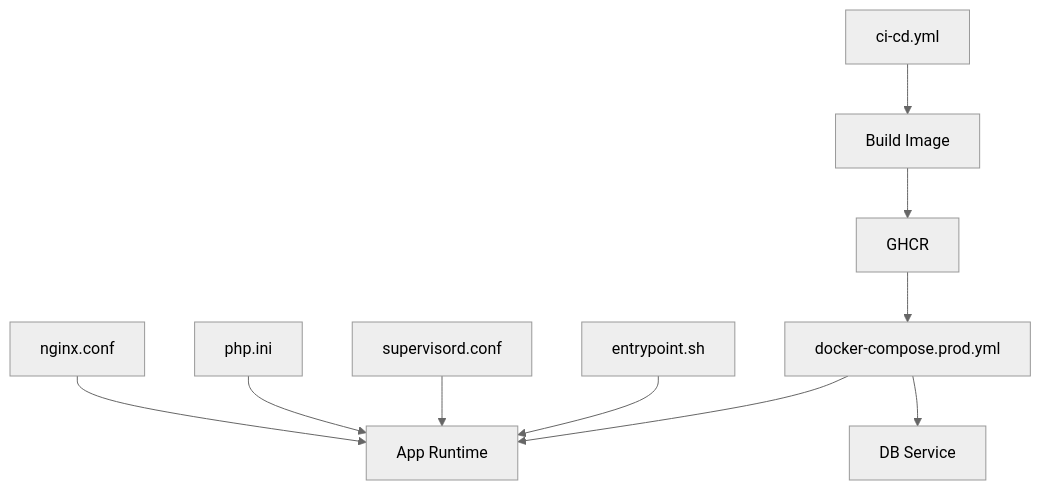
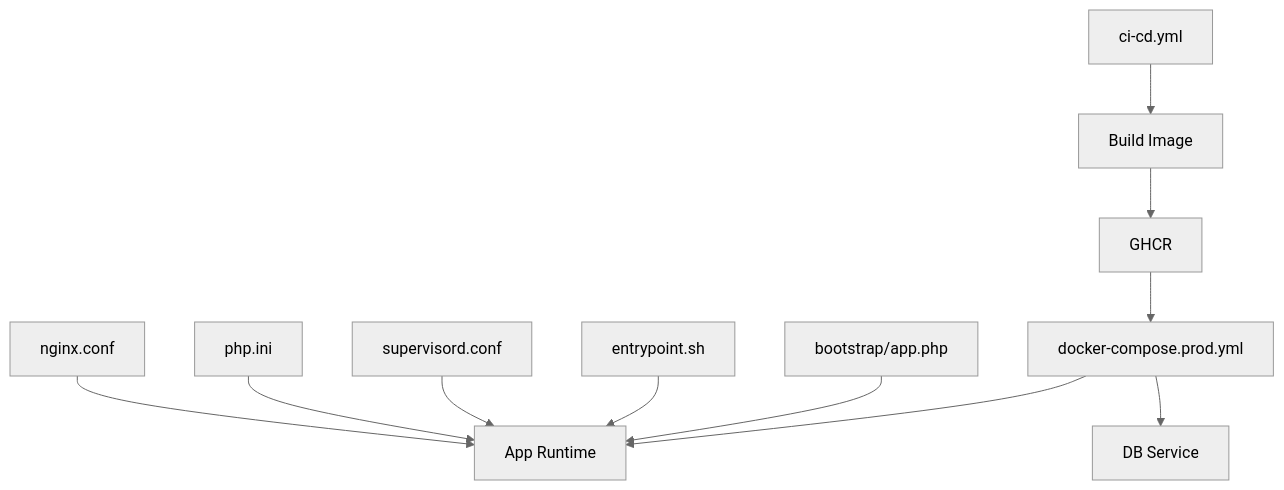
Before and after one commit to Dikksap/laravel_RsvHelmet: the ninth of 9 diagrams in .qoder/repowiki/en/content/Deployment Guide.md, drawn with Mermaid (neutral theme). The commit also changed other lines of this file and 108 other files, not shown here.

````diff
--- a/.qoder/repowiki/en/content/Deployment Guide.md
+++ b/.qoder/repowiki/en/content/Deployment Guide.md
@@ -332,12 +406,13 @@
 ```mermaid
 graph TB
 NginxConf["nginx.conf"] --> AppRuntime["App Runtime"]
 PHPIni["php.ini"] --> AppRuntime
 SupervisorConf["supervisord.conf"] --> AppRuntime
 Entrypoint["entrypoint.sh"] --> AppRuntime
+Bootstrap["bootstrap/app.php"] --> AppRuntime
 Compose["docker-compose.prod.yml"] --> AppRuntime
 Compose --> DBService["DB Service"]
 CI["ci-cd.yml"] --> Build["Build Image"]
 Build --> GHCR["GHCR"]
 GHCR --> Compose
 ```
````
